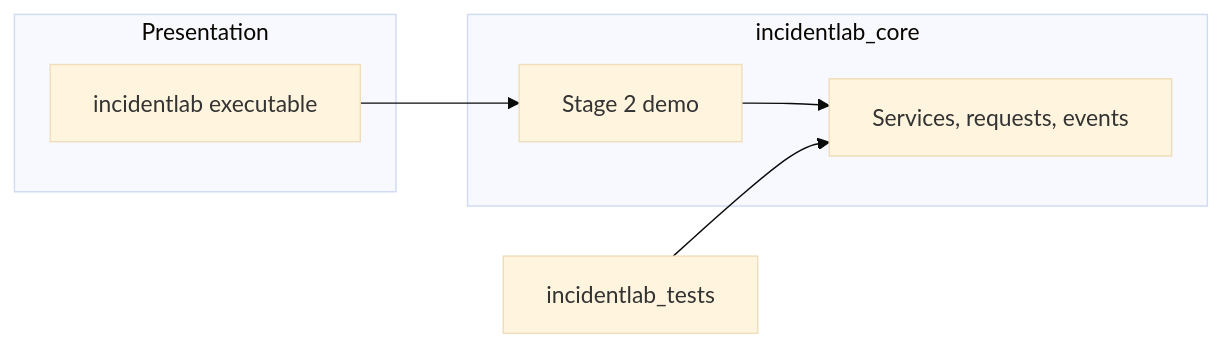
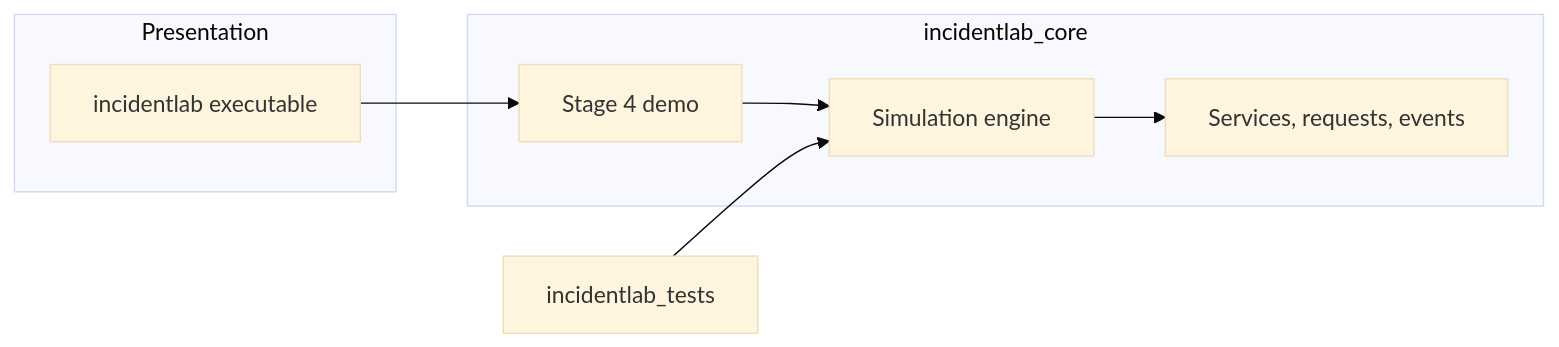
The diagram in README.md (IG1234567/incidentLab), drawn with Mermaid (base theme) before and after one commit. The commit also changed other lines of this file and 3 other files, not shown here.

````diff
--- a/README.md
+++ b/README.md
@@ -87,17 +87,19 @@
 ```mermaid
 flowchart LR
     subgraph presentation [Presentation]
         App["incidentlab executable"]
     end
 
     subgraph core [incidentlab_core]
-        Demo["Stage 2 demo"]
+        Demo["Stage 4 demo"]
+        Engine["Simulation engine"]
         Domain["Services, requests, events"]
     end
 
     Tests["incidentlab_tests"]
 
     App --> Demo
-    Demo --> Domain
-    Tests --> Domain
+    Demo --> Engine
+    Engine --> Domain
+    Tests --> Engine
 ```
````
